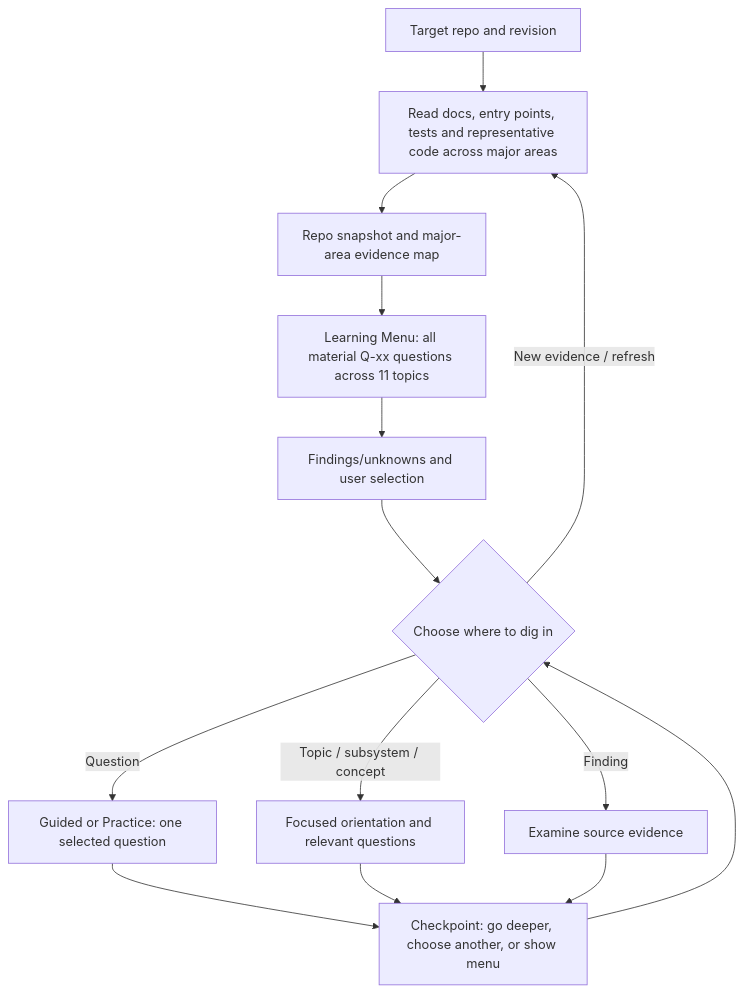
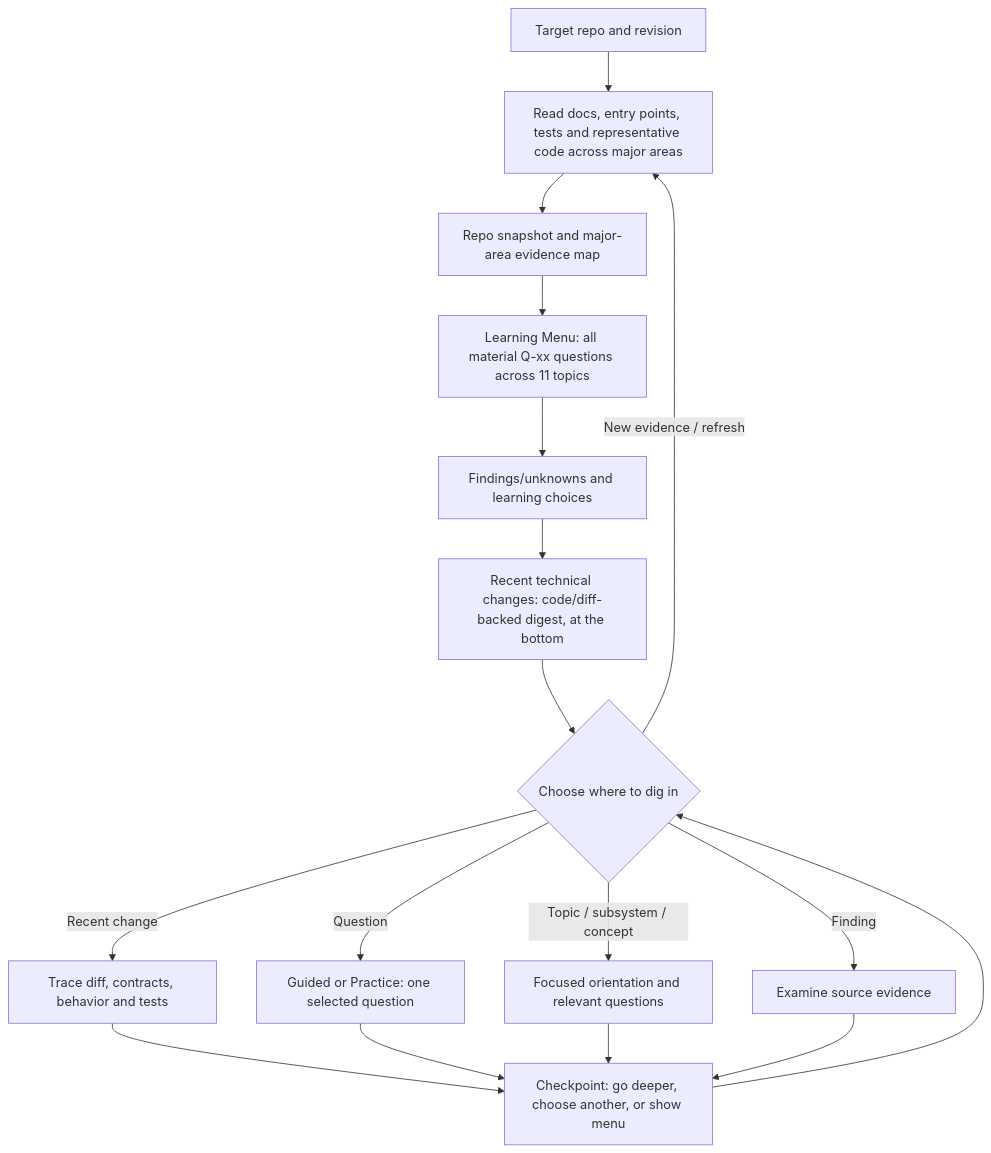
The diagram in skills/learn-repo/README.md (rlynjb/dotskills), drawn with Mermaid before and after one commit. The commit also changed other lines of this file, not shown here.

Commit message:
docs(learn-repo): add diff-backed recent technical changes to learning menu

````diff
--- a/skills/learn-repo/README.md
+++ b/skills/learn-repo/README.md
@@ -19,16 +20,19 @@
 ```mermaid
 flowchart TD
  A["Target repo and revision"] --> B["Read docs, entry points, tests and representative code across major areas"]
  B --> C["Repo snapshot and major-area evidence map"]
  C --> D["Learning Menu: all material Q-xx questions across 11 topics"]
- D --> E["Findings/unknowns and user selection"]
- E --> F{"Choose where to dig in"}
+ D --> E["Findings/unknowns and learning choices"]
+ E --> K["Recent technical changes: code/diff-backed digest, at the bottom"]
+ K --> F{"Choose where to dig in"}
  F -->|"Question"| G["Guided or Practice: one selected question"]
  F -->|"Topic / subsystem / concept"| H["Focused orientation and relevant questions"]
  F -->|"Finding"| I["Examine source evidence"]
+ F -->|"Recent change"| L["Trace diff, contracts, behavior and tests"]
+ L --> J
  G --> J["Checkpoint: go deeper, choose another, or show menu"]
  H --> J
  I --> J
  J --> F
  F -->|"New evidence / refresh"| B
 ```
````
